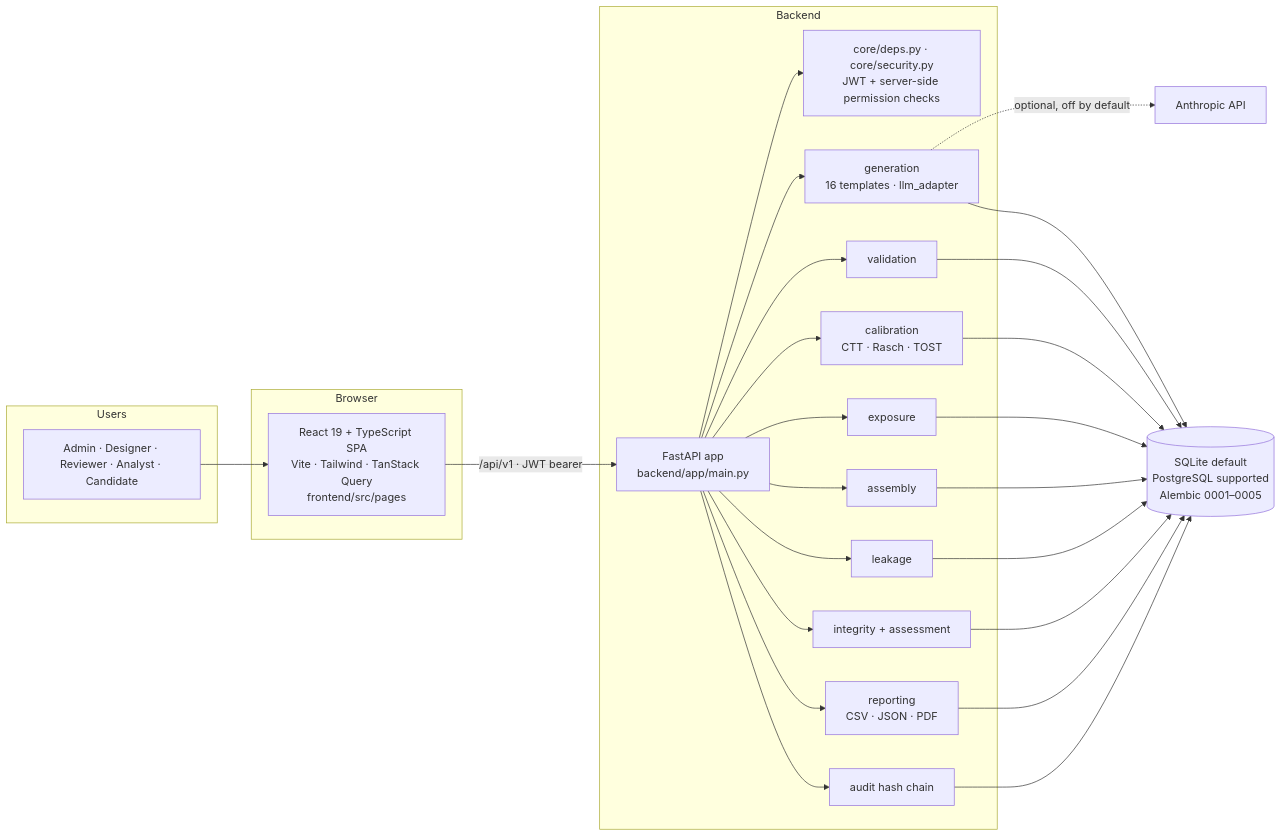
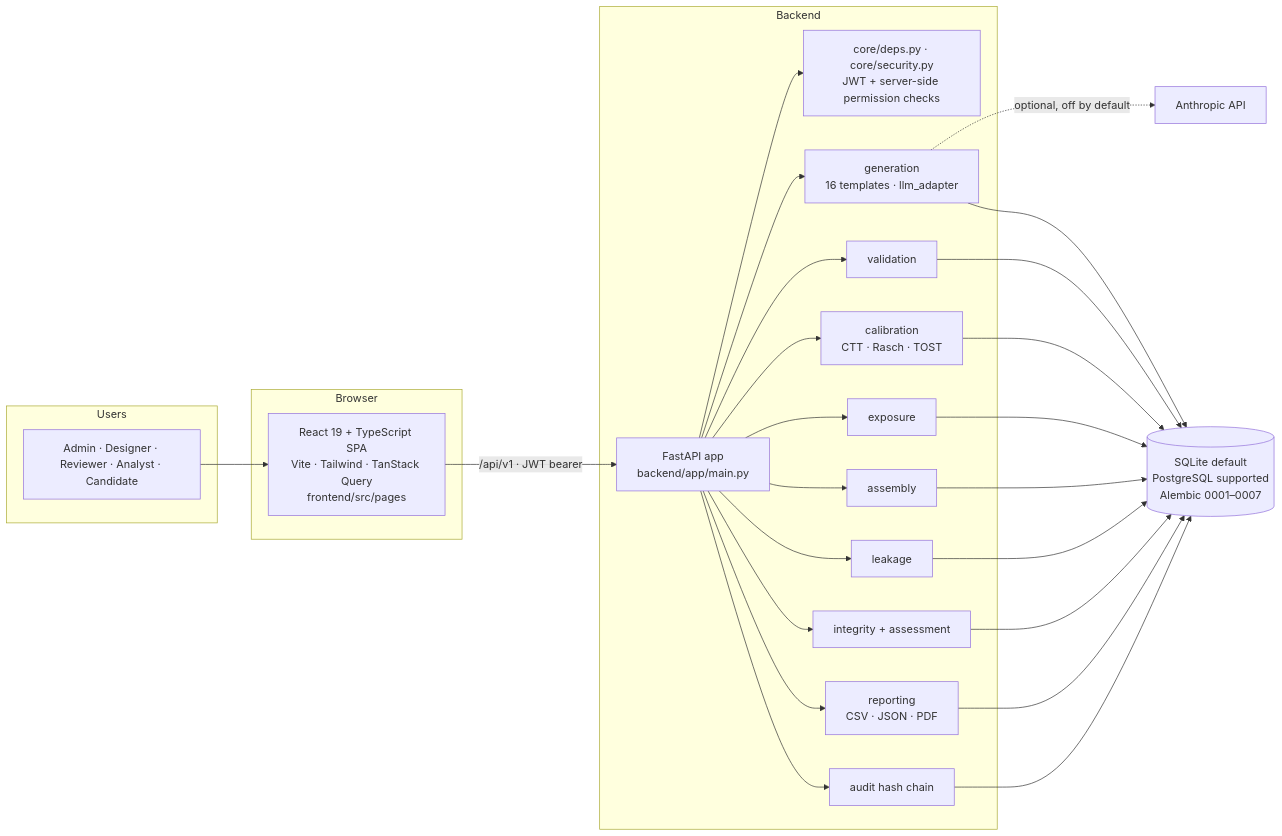
One commit to shauryasinghal/deviathon-aptiguard-ai changed the first of 2 diagrams in README.md. Above: the diagram before and after it, drawn with Mermaid. The commit also changed other lines of this file and 33 other files, not shown here.

````diff
--- a/README.md
+++ b/README.md
@@ -125,25 +129,25 @@
 ```mermaid
 flowchart LR
   subgraph Users
     ROLES["Admin · Designer · Reviewer · Analyst · Candidate"]
   end
   subgraph Browser
     UI["React 19 + TypeScript SPA<br/>Vite · Tailwind · TanStack Query<br/>frontend/src/pages"]
   end
   ROLES --> UI
   UI -- "/api/v1 · JWT bearer" --> API["FastAPI app<br/>backend/app/main.py"]
   subgraph Backend
     API --> AUTH["core/deps.py · core/security.py<br/>JWT + server-side permission checks"]
     API --> GEN["generation<br/>16 templates · llm_adapter"]
     API --> VAL["validation"]
     API --> CAL["calibration<br/>CTT · Rasch · TOST"]
     API --> EXP["exposure"]
     API --> ASM["assembly"]
     API --> LEAK["leakage"]
     API --> INT["integrity + assessment"]
     API --> REP["reporting<br/>CSV · JSON · PDF"]
     API --> AUD["audit hash chain"]
   end
   GEN -. "optional, off by default" .-> LLM["Anthropic API"]
-  GEN & VAL & CAL & EXP & ASM & LEAK & INT & REP & AUD --> DB[("SQLite default<br/>PostgreSQL supported<br/>Alembic 0001–0005")]
+  GEN & VAL & CAL & EXP & ASM & LEAK & INT & REP & AUD --> DB[("SQLite default<br/>PostgreSQL supported<br/>Alembic 0001–0007")]
 ```
````
